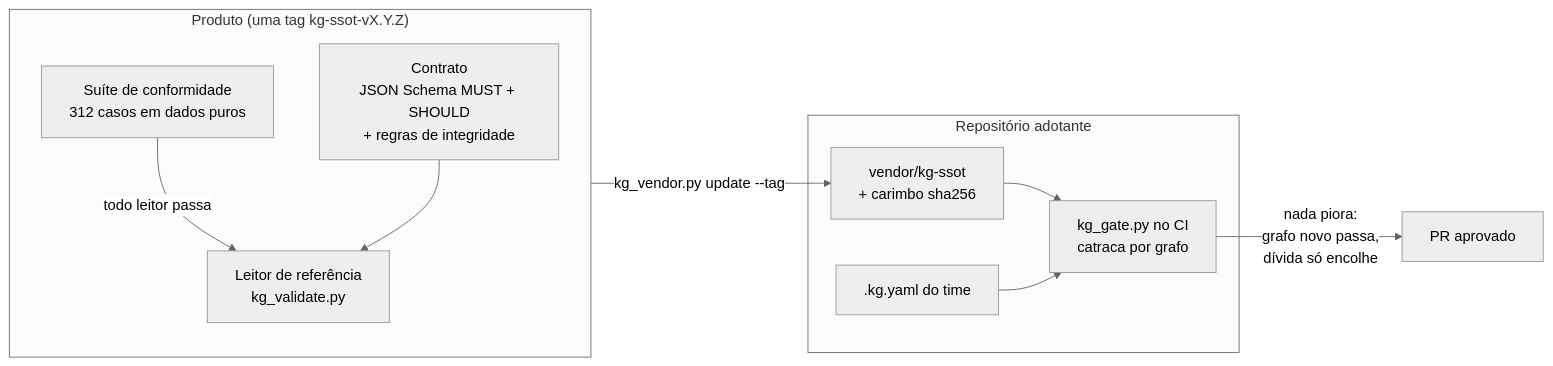
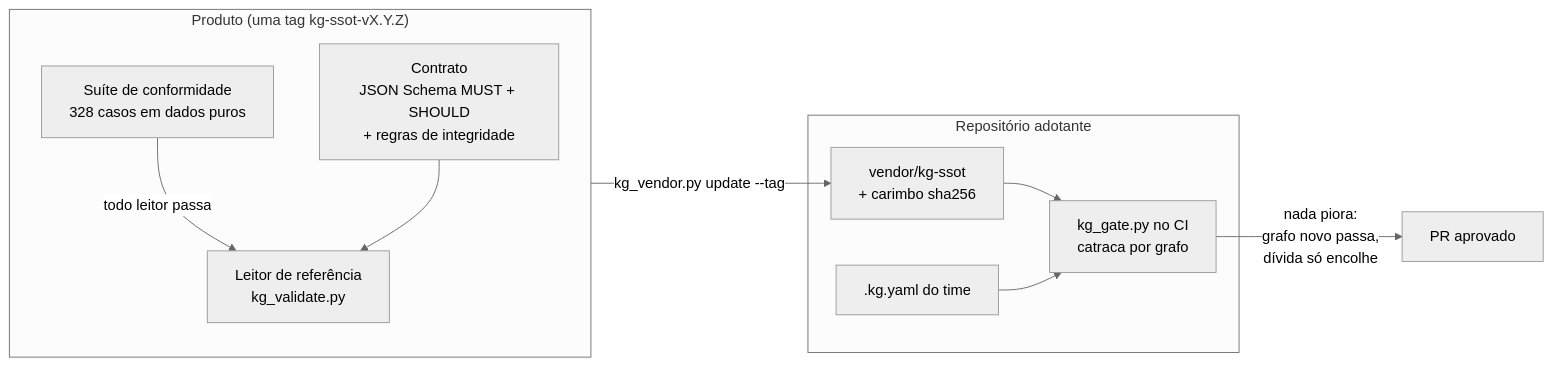
Before and after one commit to marciocar/kg-ssot: the diagram in README.md, drawn with Mermaid (neutral theme). The commit also changed other lines of this file and 38 other files, not shown here.

````diff
--- a/README.md
+++ b/README.md
@@ -90,19 +90,19 @@
 ```mermaid
 flowchart LR
   subgraph produto["Produto (uma tag kg-ssot-vX.Y.Z)"]
     C["Contrato<br/>JSON Schema MUST + SHOULD<br/>+ regras de integridade"]
-    S["Suíte de conformidade<br/>312 casos em dados puros"]
+    S["Suíte de conformidade<br/>328 casos em dados puros"]
     R["Leitor de referência<br/>kg_validate.py"]
     S -- "todo leitor passa" --> R
     C --> R
   end
   subgraph adotante["Repositório adotante"]
     V["vendor/kg-ssot<br/>+ carimbo sha256"]
     G["kg_gate.py no CI<br/>catraca por grafo"]
     K[".kg.yaml do time"]
     V --> G
     K --> G
   end
   produto -- "kg_vendor.py update --tag" --> V
   G -- "nada piora:<br/>grafo novo passa,<br/>dívida só encolhe" --> PR["PR aprovado"]
 ```
````
